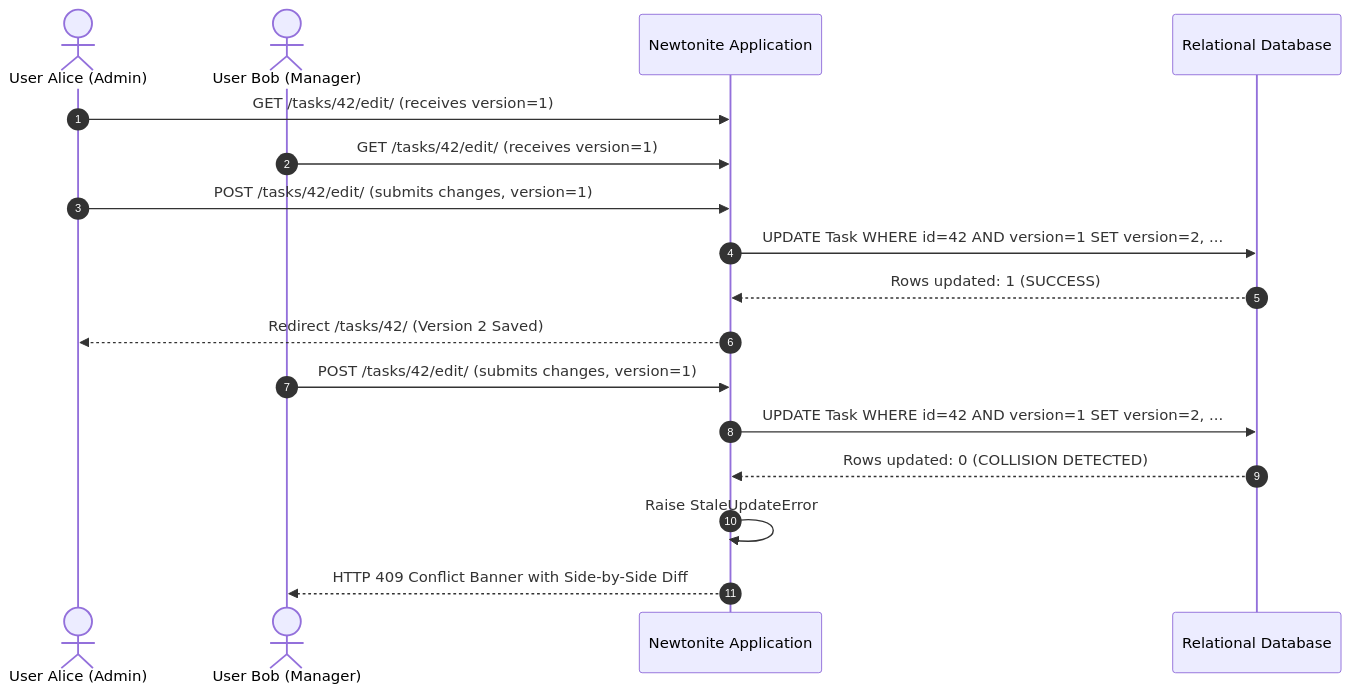
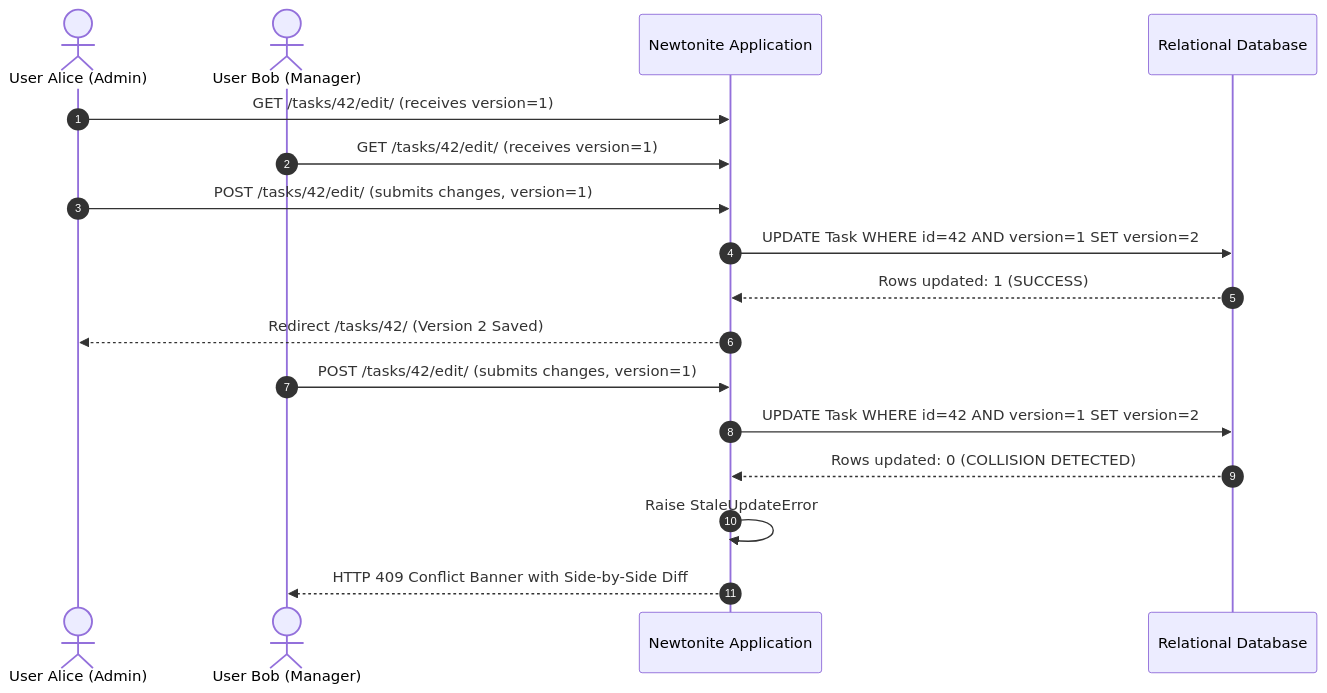
One commit to omeesha1234567/TaskWorkspace-Newtonite changed the third of 5 diagrams in README.md. Above: the diagram before and after it, drawn with Mermaid. The commit also changed other lines of this file and 14 other files, not shown here.

````diff
--- a/README.md
+++ b/README.md
@@ -280,22 +293,22 @@
 ```mermaid
 sequenceDiagram
     autonumber
     actor Alice as User Alice (Admin)
     actor Bob as User Bob (Manager)
     participant Server as Newtonite Application
     participant DB as Relational Database
 
     Alice->>Server: GET /tasks/42/edit/ (receives version=1)
     Bob->>Server: GET /tasks/42/edit/ (receives version=1)
     
     Alice->>Server: POST /tasks/42/edit/ (submits changes, version=1)
-    Server->>DB: UPDATE Task WHERE id=42 AND version=1 SET version=2, ...
+    Server->>DB: UPDATE Task WHERE id=42 AND version=1 SET version=2
     DB-->>Server: Rows updated: 1 (SUCCESS)
     Server-->>Alice: Redirect /tasks/42/ (Version 2 Saved)
 
     Bob->>Server: POST /tasks/42/edit/ (submits changes, version=1)
-    Server->>DB: UPDATE Task WHERE id=42 AND version=1 SET version=2, ...
+    Server->>DB: UPDATE Task WHERE id=42 AND version=1 SET version=2
     DB-->>Server: Rows updated: 0 (COLLISION DETECTED)
     Server->>Server: Raise StaleUpdateError
     Server-->>Bob: HTTP 409 Conflict Banner with Side-by-Side Diff
 ```
````
